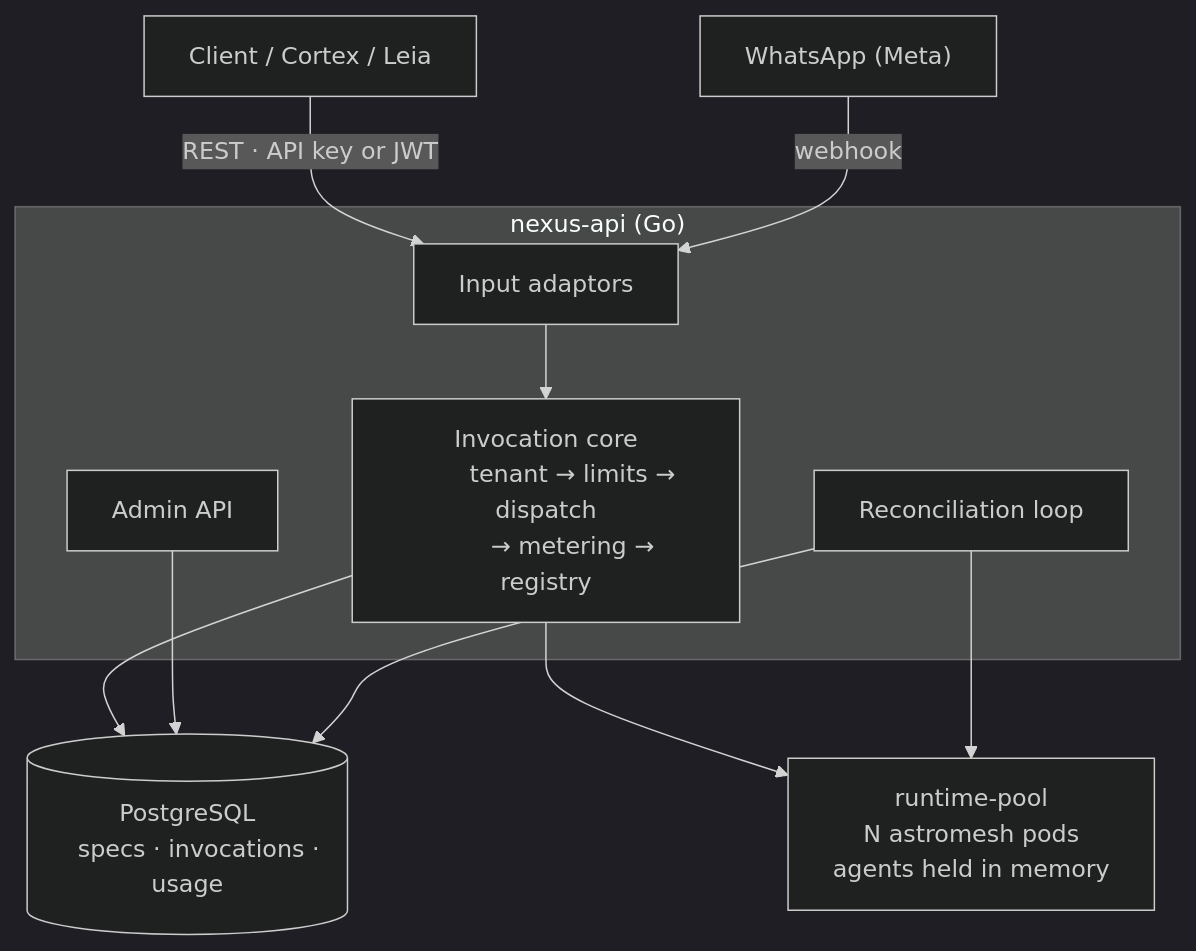
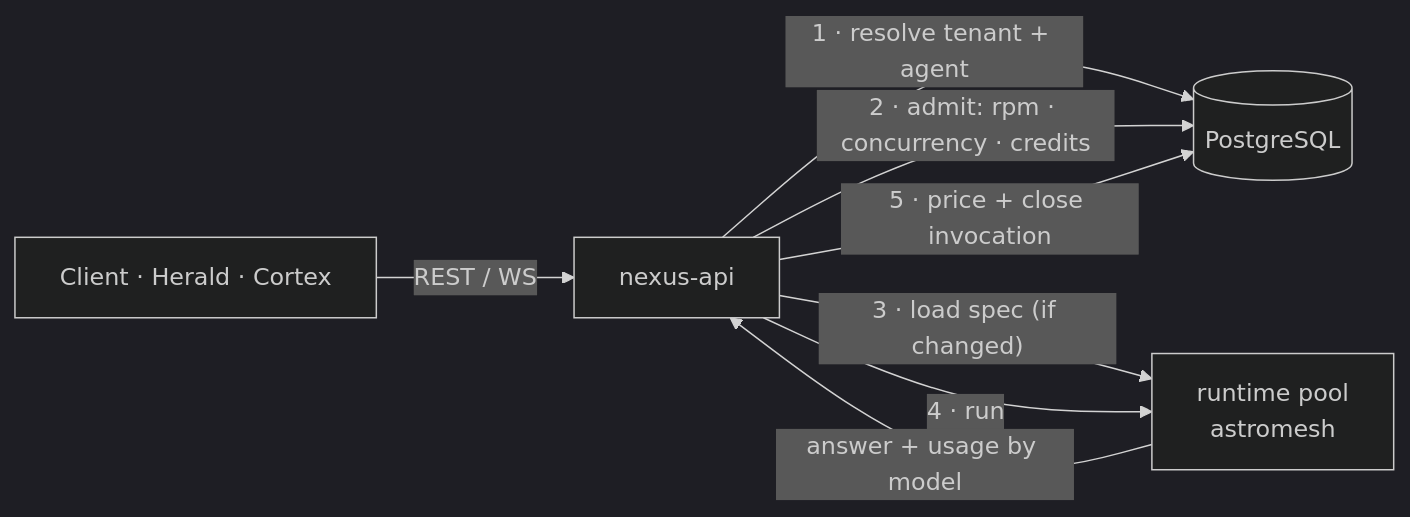
Before and after one commit to monaccode/astromesh: the diagram in docs-site/src/content/docs/nexus/introduction.mdx, drawn with Mermaid (dark theme). The commit also changed other lines of this file and 7 other files, not shown here.

````diff
--- a/docs-site/src/content/docs/nexus/introduction.mdx
+++ b/docs-site/src/content/docs/nexus/introduction.mdx
@@ -32,27 +39,10 @@
 ```mermaid
-flowchart TB
-    User["Client / Cortex / Leia"] -->|"REST · API key or JWT"| API
-    WA["WhatsApp (Meta)"] -->|webhook| API
-
-    subgraph nexus["nexus-api (Go)"]
-        API["Input adaptors"]
-        CORE["Invocation core
-        tenant → limits → dispatch
-        → metering → registry"]
-        ADMIN["Admin API"]
-        LOOP["Reconciliation loop"]
-        API --> CORE
-    end
-
-    DB[("PostgreSQL
-    specs · invocations · usage")]
-    POOL["runtime-pool
-    N astromesh pods
-    agents held in memory"]
-
-    CORE --> DB
-    CORE --> POOL
-    ADMIN --> DB
-    LOOP --> DB
-    LOOP --> POOL
+flowchart LR
+    C["Client · Herald · Cortex"] -->|"REST / WS"| N["nexus-api"]
+    N -->|"1 · resolve tenant + agent"| DB[("PostgreSQL")]
+    N -->|"2 · admit: rpm · concurrency · credits"| DB
+    N -->|"3 · load spec (if changed)"| P["runtime pool<br/>astromesh"]
+    N -->|"4 · run"| P
+    P -->|"answer + usage by model"| N
+    N -->|"5 · price + close invocation"| DB
 ```
````
